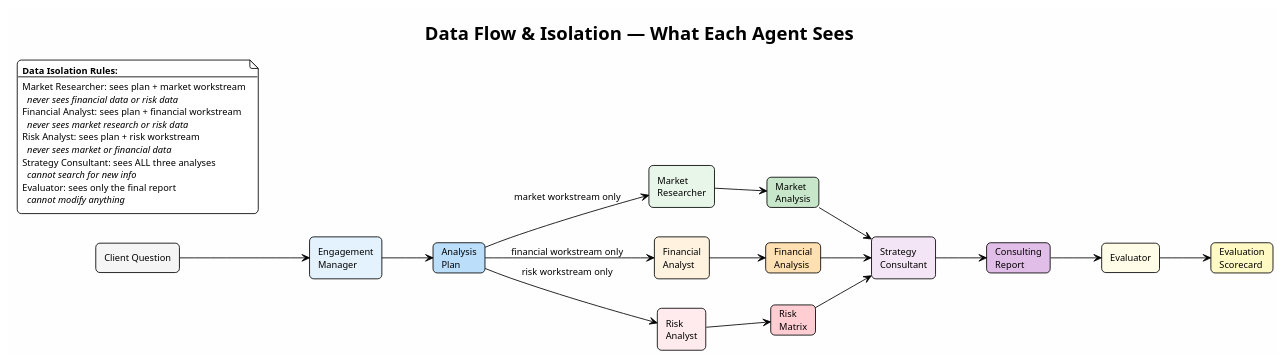
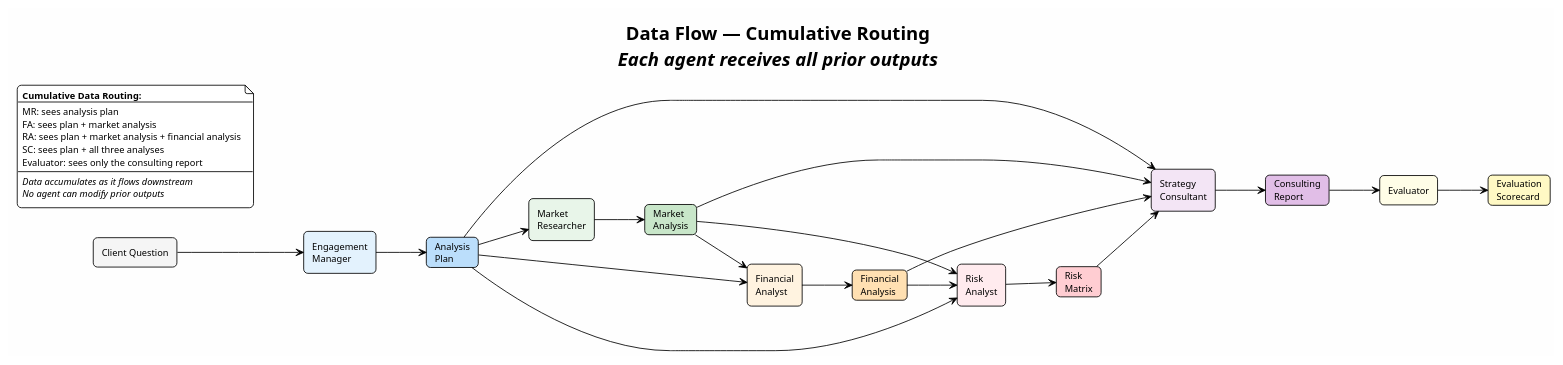
The diagram in Diagrams/design/17_data_flow.puml (GeorgePetre11/Design-Implementation-and-Monitoring-of-Heterogenous-Agent-Organizations), drawn with PlantUML before and after one commit. The commit also changed 36 other files, not shown here.

```diff
--- a/Diagrams/design/17_data_flow.puml
+++ b/Diagrams/design/17_data_flow.puml
@@ -1,63 +1,66 @@
 @startuml data_flow
 !theme plain
 skinparam backgroundColor #FEFEFE
 skinparam defaultFontName "Segoe UI"
 skinparam defaultFontSize 11
 skinparam shadowing false
 skinparam roundCorner 10
 
-title **Data Flow & Isolation — What Each Agent Sees**
+title **Data Flow — Cumulative Routing**\n//Each agent receives all prior outputs//
 
 left to right direction
 
 rectangle "Client Question" as input #F5F5F5
 
 rectangle "Engagement\nManager" as em #E3F2FD
 rectangle "Market\nResearcher" as mr #E8F5E9
 rectangle "Financial\nAnalyst" as fa #FFF3E0
 rectangle "Risk\nAnalyst" as ra #FFEBEE
 rectangle "Strategy\nConsultant" as sc #F3E5F5
 rectangle "Evaluator" as ev #FFFDE7
 
 card "Analysis\nPlan" as plan #BBDEFB
 card "Market\nAnalysis" as mdata #C8E6C9
 card "Financial\nAnalysis" as fdata #FFE0B2
 card "Risk\nMatrix" as rdata #FFCDD2
 card "Consulting\nReport" as report #E1BEE7
 card "Evaluation\nScorecard" as score #FFF9C4
 
 input --> em
 em --> plan
 
-plan --> mr : "market workstream only"
-plan --> fa : "financial workstream only"
-plan --> ra : "risk workstream only"
+plan --> mr
+mr --> mdata
 
-mr --> mdata
+plan --> fa
+mdata --> fa
 fa --> fdata
+
+plan --> ra
+mdata --> ra
+fdata --> ra
 ra --> rdata
 
+plan --> sc
 mdata --> sc
 fdata --> sc
 rdata --> sc
+sc --> report
 
-sc --> report
 report --> ev
 ev --> score
 
 note as N1
-  **Data Isolation Rules:**
+  **Cumulative Data Routing:**
   ----
-  Market Researcher: sees plan + market workstream
-    //never sees financial data or risk data//
-  Financial Analyst: sees plan + financial workstream
-    //never sees market research or risk data//
-  Risk Analyst: sees plan + risk workstream
-    //never sees market or financial data//
-  Strategy Consultant: sees ALL three analyses
-    //cannot search for new info//
-  Evaluator: sees only the final report
-    //cannot modify anything//
+  MR: sees analysis plan
+  FA: sees plan + market analysis
+  RA: sees plan + market analysis + financial analysis
+  SC: sees plan + all three analyses
+  Evaluator: sees only the consulting report
+  ----
+  //Data accumulates as it flows downstream//
+  //No agent can modify prior outputs//
 end note
 
 @enduml
```
